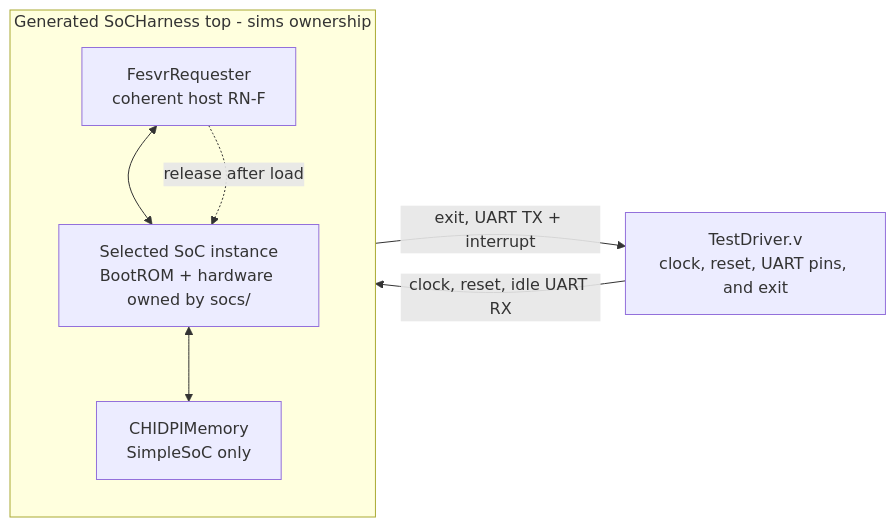
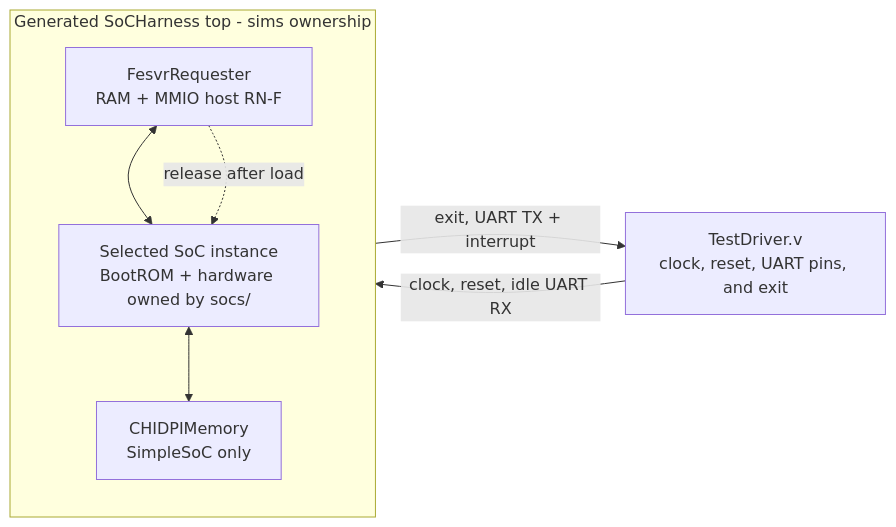
Before and after one commit to jerryz123/rhodium: the diagram in sims/README.md, drawn with Mermaid. The commit also changed other lines of this file and 34 other files, not shown here.

Commit message:
host mmio

````diff
--- a/sims/README.md
+++ b/sims/README.md
@@ -30,17 +30,17 @@
 ```mermaid
 flowchart LR
   Driver["TestDriver.v<br/>clock, reset, UART pins, and exit"]
 
   subgraph Harness["Generated SoCHarness top - sims ownership"]
-    FESVR["FesvrRequester<br/>coherent host RN-F"]
+    FESVR["FesvrRequester<br/>RAM + MMIO host RN-F"]
     SoC["Selected SoC instance<br/>BootROM + hardware owned by socs/"]
     DPIMemory["CHIDPIMemory<br/>SimpleSoC only"]
 
     FESVR <--> SoC
     FESVR -.->|"release after load"| SoC
     SoC <--> DPIMemory
   end
 
   Driver -->|"clock, reset, idle UART RX"| Harness
   Harness -->|"exit, UART TX + interrupt"| Driver
 ```
````
